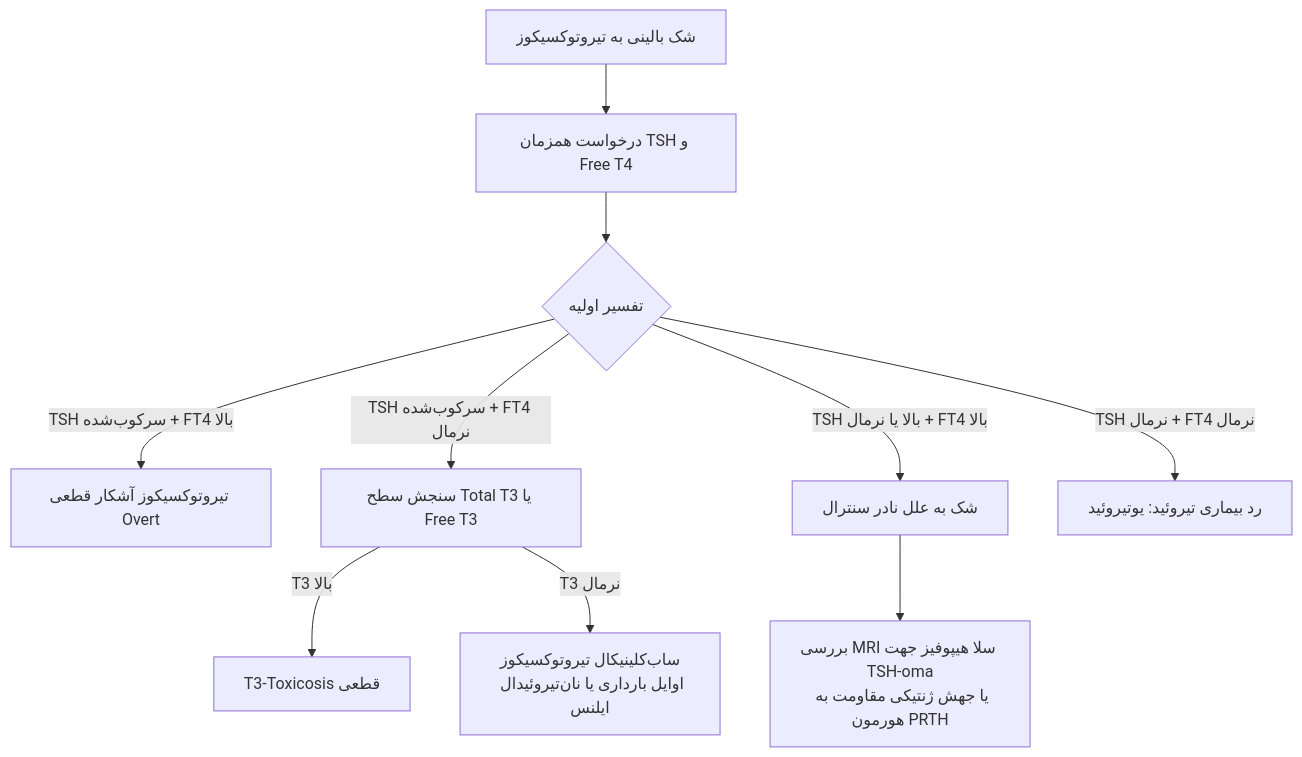
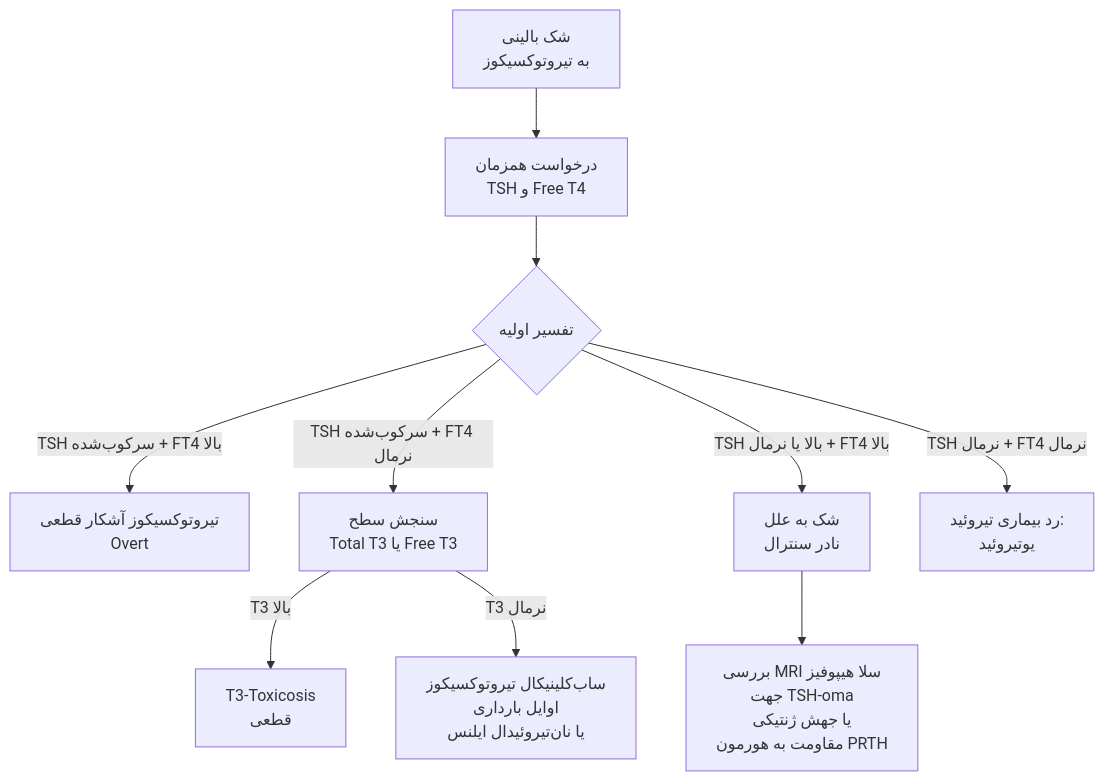
The fourth of 5 diagrams in 07/مبانی غدد/پرکاری تیروئید.md (neopulse-hub/TUMS-1402-1-neo), drawn with Mermaid before and after one commit.

Commit message:
Update پرکاری تیروئید.md

````diff
--- a/07/مبانی غدد/پرکاری تیروئید.md
+++ b/07/مبانی غدد/پرکاری تیروئید.md
@@ -161,16 +161,16 @@
 ```mermaid
 flowchart TD
-    Susp[شک بالینی به تیروتوکسیکوز] --> InitialLab[درخواست همزمان TSH و Free T4]
-    
-    InitialLab --> Pattern1{تفسیر اولیه}
-    
-    Pattern1 -->|TSH سرکوب‌شده + FT4 بالا| OvertThyro[تیروتوکسیکوز آشکار قطعی Overt]
-    Pattern1 -->|TSH سرکوب‌شده + FT4 نرمال| CheckT3[سنجش سطح Total T3 یا Free T3]
-    Pattern1 -->|TSH بالا یا نرمال + FT4 بالا| CentralWorkup[شک به علل نادر سنترال]
-    Pattern1 -->|TSH نرمال + FT4 نرمال| Euthyroid[رد بیماری تیروئید: یوتیروئید]
-    
-    CheckT3 -->|T3 بالا| T3Toxicosis[T3-Toxicosis قطعی]
-    CheckT3 -->|T3 نرمال| Subclinical[ساب‌کلینیکال تیروتوکسیکوز<br>اوایل بارداری یا نان‌تیروئیدال ایلنس]
-    
-    CentralWorkup --> PitCheck[بررسی MRI سلا هیپوفیز جهت TSH-oma<br>یا جهش ژنتیکی مقاومت به هورمون PRTH]
+
+Susp[شک بالینی<br>به تیروتوکسیکوز] --> InitialLab[درخواست همزمان<br>TSH و Free T4]
+InitialLab --> Pattern1{تفسیر اولیه}
+
+Pattern1 -->|TSH سرکوب‌شده + FT4 بالا| OvertThyro[تیروتوکسیکوز آشکار قطعی<br>Overt]
+Pattern1 -->|TSH سرکوب‌شده + FT4 نرمال| CheckT3[سنجش سطح<br>Total T3 یا Free T3]
+Pattern1 -->|TSH بالا یا نرمال + FT4 بالا| CentralWorkup[شک به علل<br>نادر سنترال]
+Pattern1 -->|TSH نرمال + FT4 نرمال| Euthyroid[رد بیماری تیروئید:<br>یوتیروئید]
+
+CheckT3 -->|T3 بالا| T3Toxicosis[T3-Toxicosis<br>قطعی]
+CheckT3 -->|T3 نرمال| Subclinical[ساب‌کلینیکال تیروتوکسیکوز<br>اوایل بارداری<br>یا نان‌تیروئیدال ایلنس]
+
+CentralWorkup --> PitCheck[بررسی MRI سلا هیپوفیز<br>جهت TSH-oma<br>یا جهش ژنتیکی<br>مقاومت به هورمون PRTH]
 ```
````
